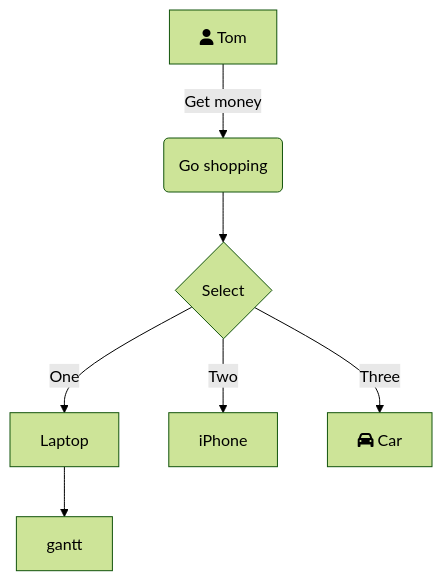
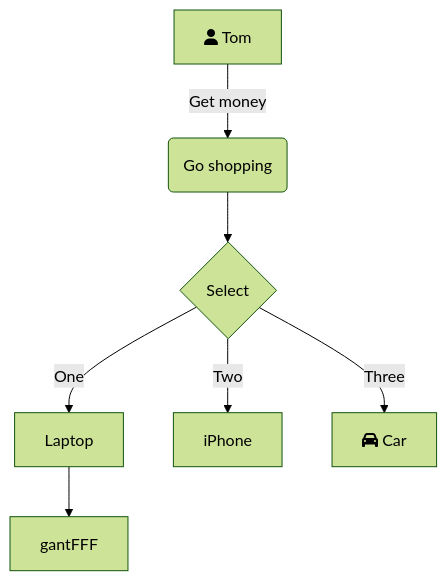
One commit to hanfeng21050/iodraw-files changed the diagram in all/未命名.md. Above: the diagram before and after it, drawn with Mermaid (forest theme).

Commit message:
2024-07-23 11:07:32 update

````diff
--- a/all/未命名.md
+++ b/all/未命名.md
@@ -1,10 +1,10 @@
 ```mermaid
 graph TD
     A[fa:fa-user Tom] -->|Get money| B(Go shopping)
     B --> C{Select}
     C -->|One| D[Laptop]
     C -->|Two| E[iPhone]
     C -->|Three| F[fa:fa-car Car]
-    D --> gantt
+    D --> gantFFF
   
 ```
````
